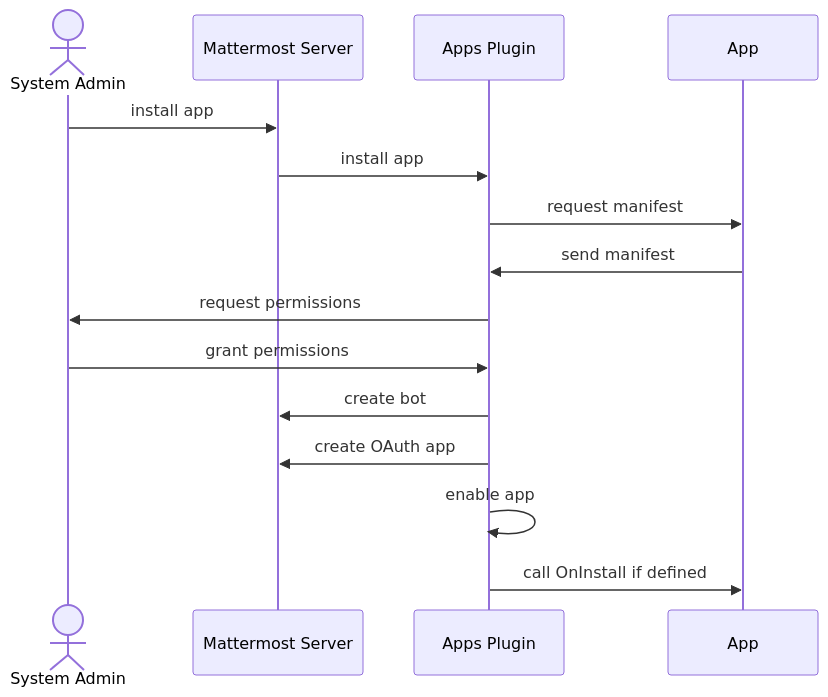
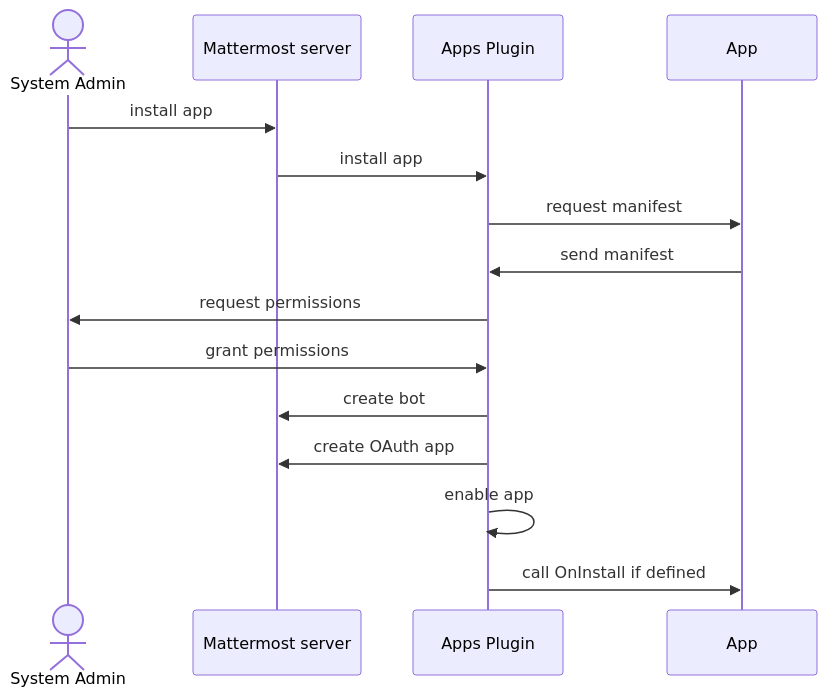
One commit to mattermost/mattermost-developer-documentation changed the first of 2 diagrams in site/content/integrate/apps/lifecycle/_index.md. Above: the diagram before and after it, drawn with Mermaid. The commit also changed other lines of this file and 1 other file, not shown here.

```diff
--- a/site/content/integrate/apps/lifecycle/_index.md
+++ b/site/content/integrate/apps/lifecycle/_index.md
@@ -17,14 +17,14 @@
 {{<mermaid>}}
 sequenceDiagram
     actor System Admin
-    System Admin->>Mattermost Server: install app
-    Mattermost Server->>Apps Plugin: install app
+    System Admin->>Mattermost server: install app
+    Mattermost server->>Apps Plugin: install app
     Apps Plugin->>App: request manifest
     App->>Apps Plugin: send manifest
     Apps Plugin->>System Admin: request permissions
     System Admin->>Apps Plugin: grant permissions
-    Apps Plugin->>Mattermost Server: create bot
-    Apps Plugin->>Mattermost Server: create OAuth app
+    Apps Plugin->>Mattermost server: create bot
+    Apps Plugin->>Mattermost server: create OAuth app
     Apps Plugin->>Apps Plugin: enable app
     Apps Plugin->>App: call OnInstall if defined
 {{</mermaid>}}
```
